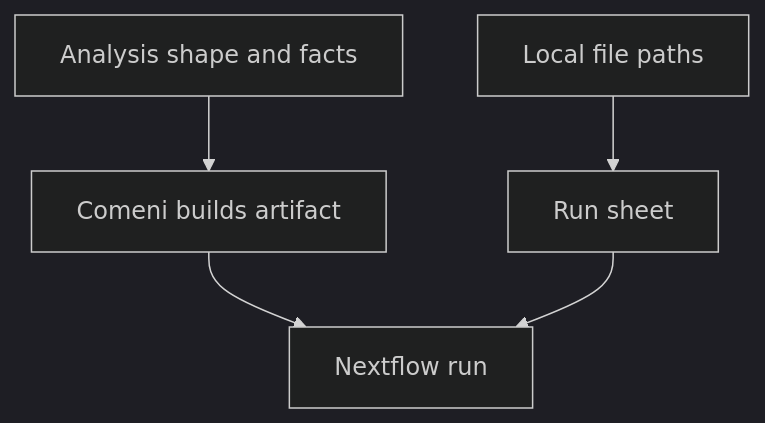
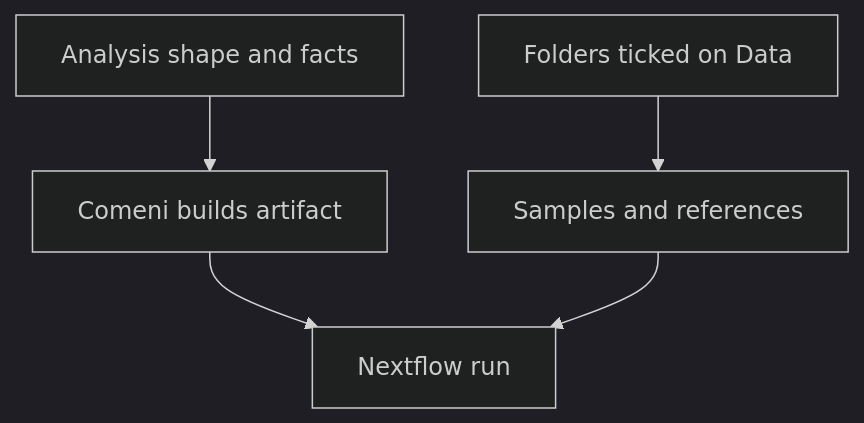
The diagram in docs/explanation/inputs-and-data.md (comeni-project/Comeni-Labs), drawn with Mermaid (dark theme) before and after one commit. The commit also changed other lines of this file and 30 other files, not shown here.

````diff
--- a/docs/explanation/inputs-and-data.md
+++ b/docs/explanation/inputs-and-data.md
@@ -57,7 +58,7 @@
 ```mermaid
 flowchart TD
   A[Analysis shape and facts] --> B[Comeni builds artifact]
-  C[Local file paths] --> D[Run sheet]
+  C[Folders ticked on Data] --> D[Samples and references]
   B --> E[Nextflow run]
   D --> E
 ```
````
